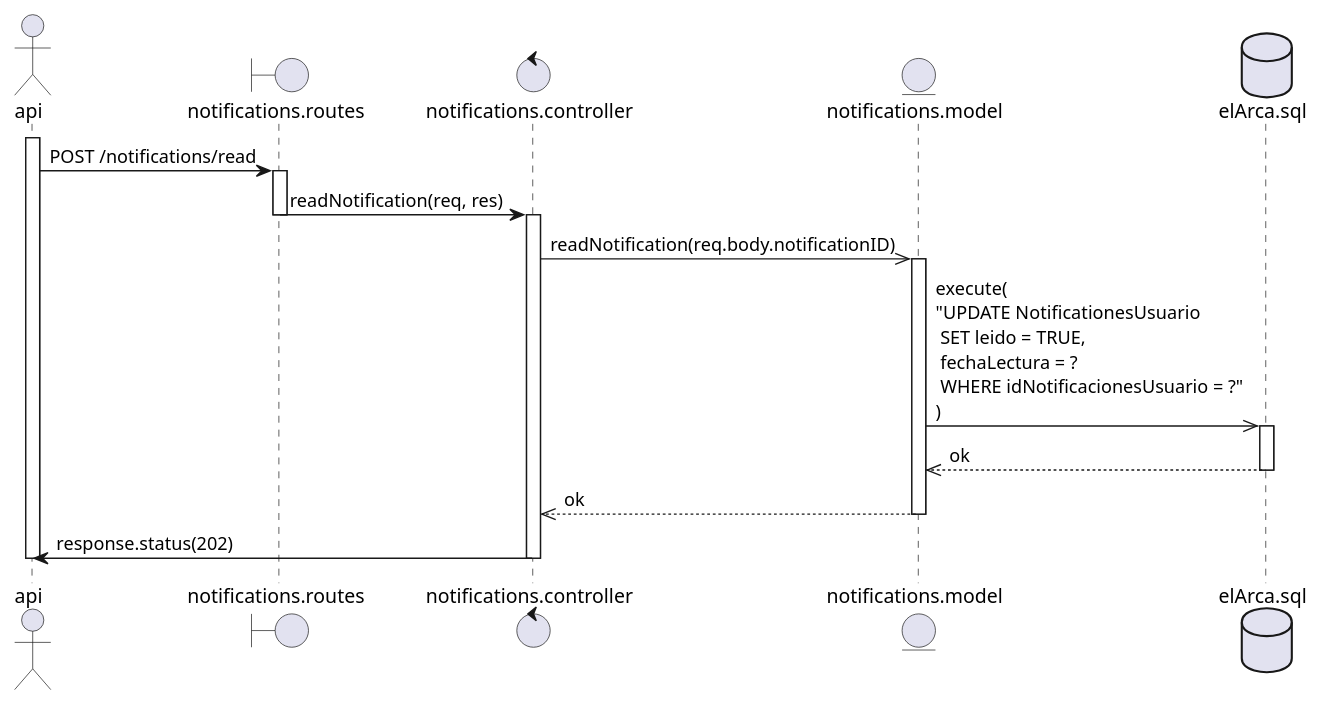
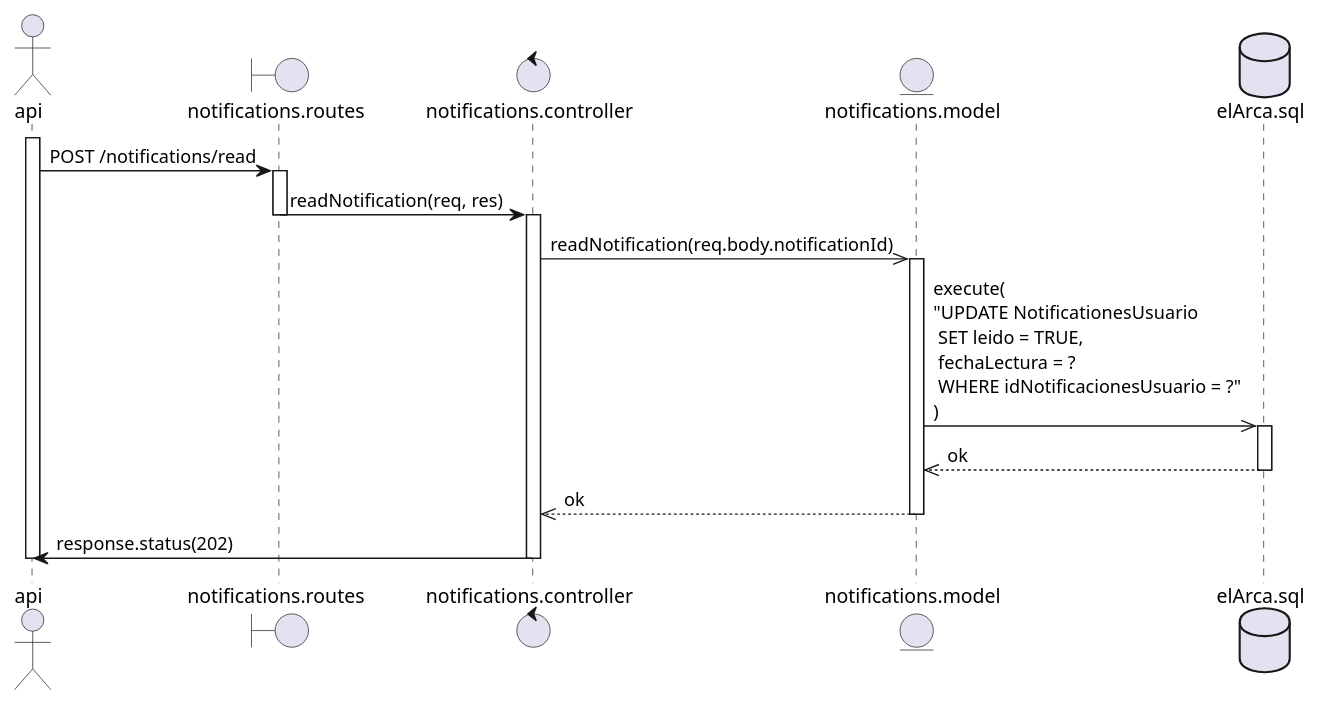
One commit to OlimpoHub/backend changed the diagram in Diagrams/readNotification.puml. Above: the diagram before and after it, drawn with PlantUML. The commit also changed 6 other files, not shown here.

```diff
--- a/Diagrams/readNotification.puml
+++ b/Diagrams/readNotification.puml
@@ -1,36 +1,36 @@
 @startuml
 actor api
 boundary notifications.routes as routes
 control notifications.controller as controller
 entity notifications.model as model
 database elArca.sql as db
 
 activate api
 api -> routes: POST /notifications/read
 
 activate routes
 routes -> controller: readNotification(req, res)
 deactivate routes
 
 activate controller
 
-controller ->> model: readNotification(req.body.notificationID)
+controller ->> model: readNotification(req.body.notificationId)
 activate model
 
 model ->> db: execute(\n"UPDATE NotificationesUsuario \n SET leido = TRUE, \n fechaLectura = ? \n WHERE idNotificacionesUsuario = ?"\n)
 
 activate db
 
 db -->> model: ok
 deactivate db
 
 model -->> controller: ok
 deactivate model
 
 controller -> api: response.status(202)
 
 deactivate controller
 
 deactivate api
 
 @enduml
```
